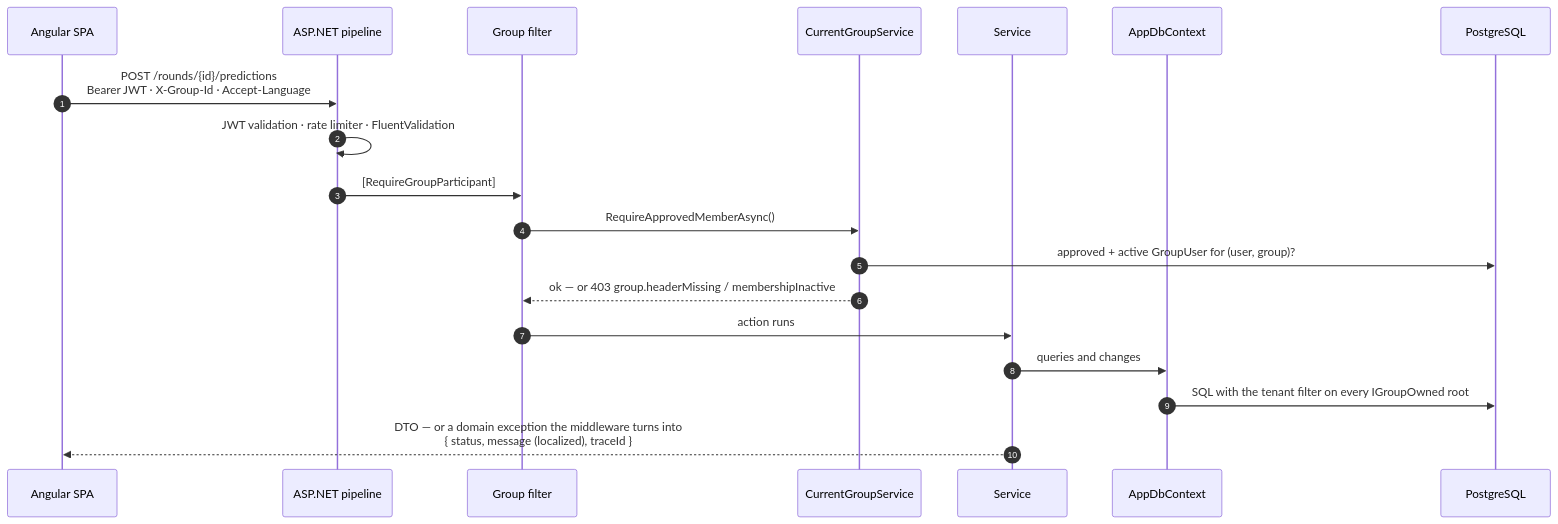
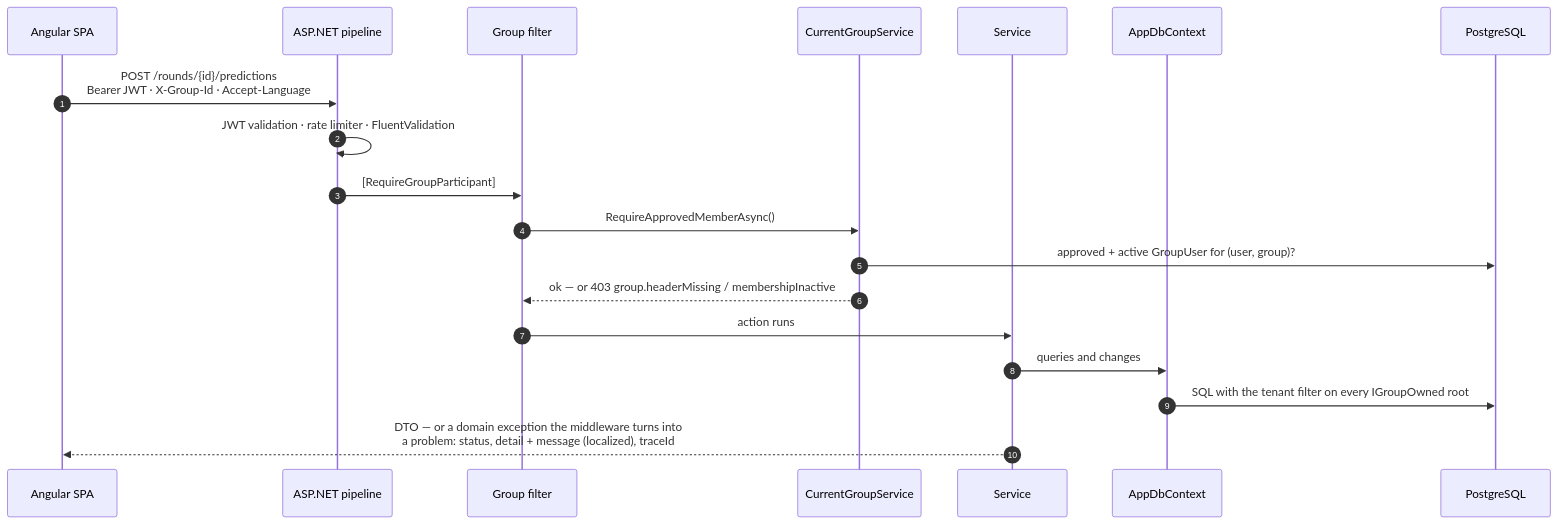
Before and after one commit to oliviobecker/palpitaoapp: the third of 3 diagrams in docs/architecture.md, drawn with Mermaid. The commit also changed other lines of this file and 42 other files, not shown here.

````diff
--- a/docs/architecture.md
+++ b/docs/architecture.md
@@ -74,22 +74,22 @@
 ```mermaid
 sequenceDiagram
     autonumber
     participant SPA as Angular SPA
     participant MW as ASP.NET pipeline
     participant F as Group filter
     participant CG as CurrentGroupService
     participant S as Service
     participant EF as AppDbContext
     participant DB as PostgreSQL
 
     SPA->>MW: POST /rounds/{id}/predictions<br/>Bearer JWT · X-Group-Id · Accept-Language
     MW->>MW: JWT validation · rate limiter · FluentValidation
     MW->>F: [RequireGroupParticipant]
     F->>CG: RequireApprovedMemberAsync()
     CG->>DB: approved + active GroupUser for (user, group)?
     CG-->>F: ok — or 403 group.headerMissing / membershipInactive
     F->>S: action runs
     S->>EF: queries and changes
     EF->>DB: SQL with the tenant filter on every IGroupOwned root
-    S-->>SPA: DTO — or a domain exception the middleware turns into<br/>{ status, message (localized), traceId }
+    S-->>SPA: DTO — or a domain exception the middleware turns into<br/>a problem: status, detail + message (localized), traceId
 ```
````
